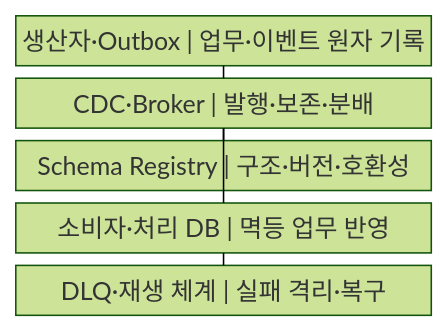
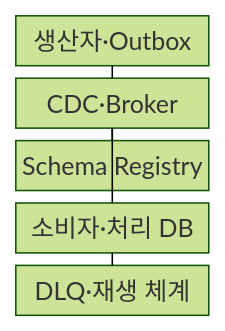
Before and after one commit to agnusdei1207/knowledge-base: the first of 2 diagrams in src/content/docs/notes/03-software/175_event_driven_architecture.md, drawn with Mermaid (forest theme). The commit also changed other lines of this file and 238 other files, not shown here.

````diff
--- a/src/content/docs/notes/03-software/175_event_driven_architecture.md
+++ b/src/content/docs/notes/03-software/175_event_driven_architecture.md
@@ -56,13 +56,13 @@
 ```mermaid
-block
+block-beta
     columns 1
-    A["생산자·Outbox | 업무·이벤트 원자 기록"]
-    B["CDC·Broker | 발행·보존·분배"]
-    C["Schema Registry | 구조·버전·호환성"]
-    D["소비자·처리 DB | 멱등 업무 반영"]
-    E["DLQ·재생 체계 | 실패 격리·복구"]
+    A["생산자·Outbox"]
+    B["CDC·Broker"]
+    C["Schema Registry"]
+    D["소비자·처리 DB"]
+    E["DLQ·재생 체계"]
     A --- B
     B --- C
     B --- D
     D --- E
 ```
````
